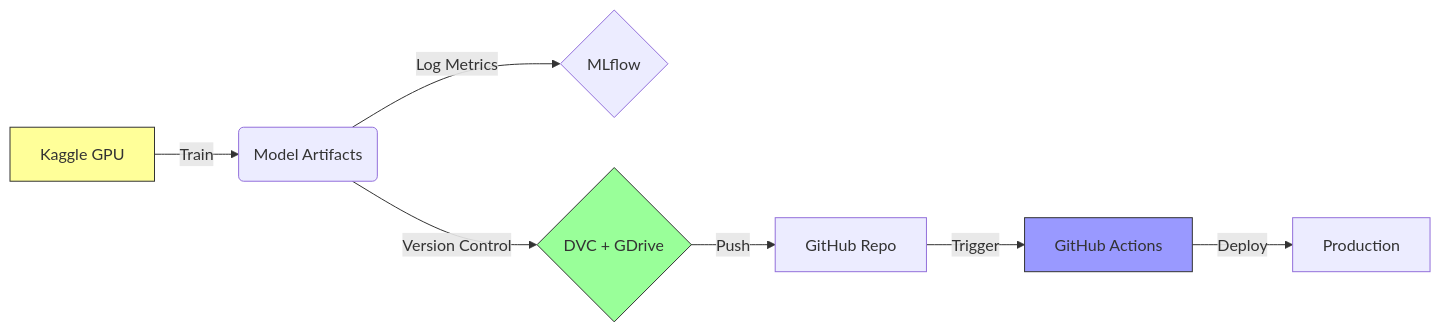
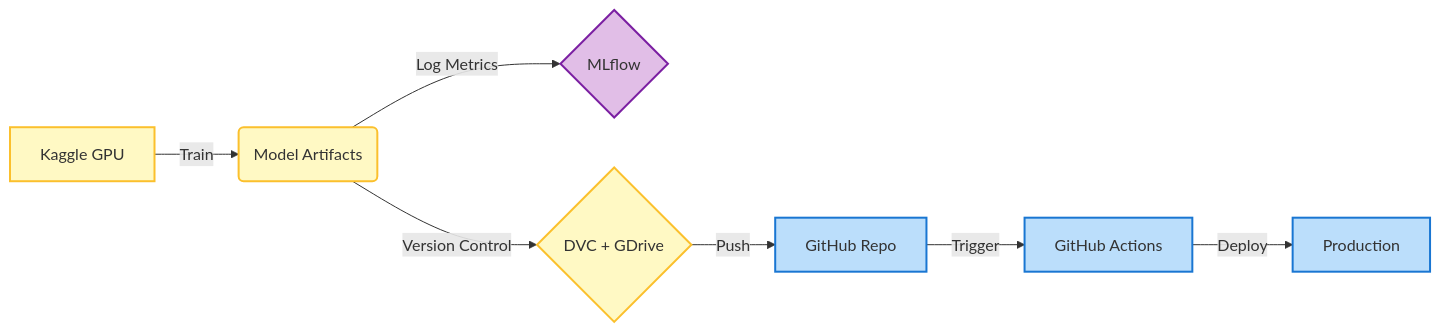
Before and after one commit to Pradnesh23/github-issue-triage-and-resource-planning: the second of 2 diagrams in README.md, drawn with Mermaid. The commit also changed other lines of this file, not shown here.

Commit message:
docs: improve diagram visibility with high-contrast colors

````diff
--- a/README.md
+++ b/README.md
@@ -92,13 +100,19 @@
 ```mermaid
 flowchart LR
+    %% Nodes
     A[Kaggle GPU] -->|Train| B(Model Artifacts)
     B -->|Log Metrics| C{MLflow}
     B -->|Version Control| D{DVC + GDrive}
     D -->|Push| E[GitHub Repo]
     E -->|Trigger| F[GitHub Actions]
     F -->|Deploy| G[Production]
     
-    style A fill:#ff9,stroke:#333
-    style D fill:#9f9,stroke:#333
-    style F fill:#99f,stroke:#333
+    %% Styling
+    classDef train fill:#fff9c4,stroke:#fbc02d,stroke-width:2px,color:#333;
+    classDef track fill:#e1bee7,stroke:#7b1fa2,stroke-width:2px,color:#333;
+    classDef ci fill:#bbdefb,stroke:#1976d2,stroke-width:2px,color:#333;
+    
+    class A,B,D train;
+    class C track;
+    class E,F,G ci;
 ```
````
